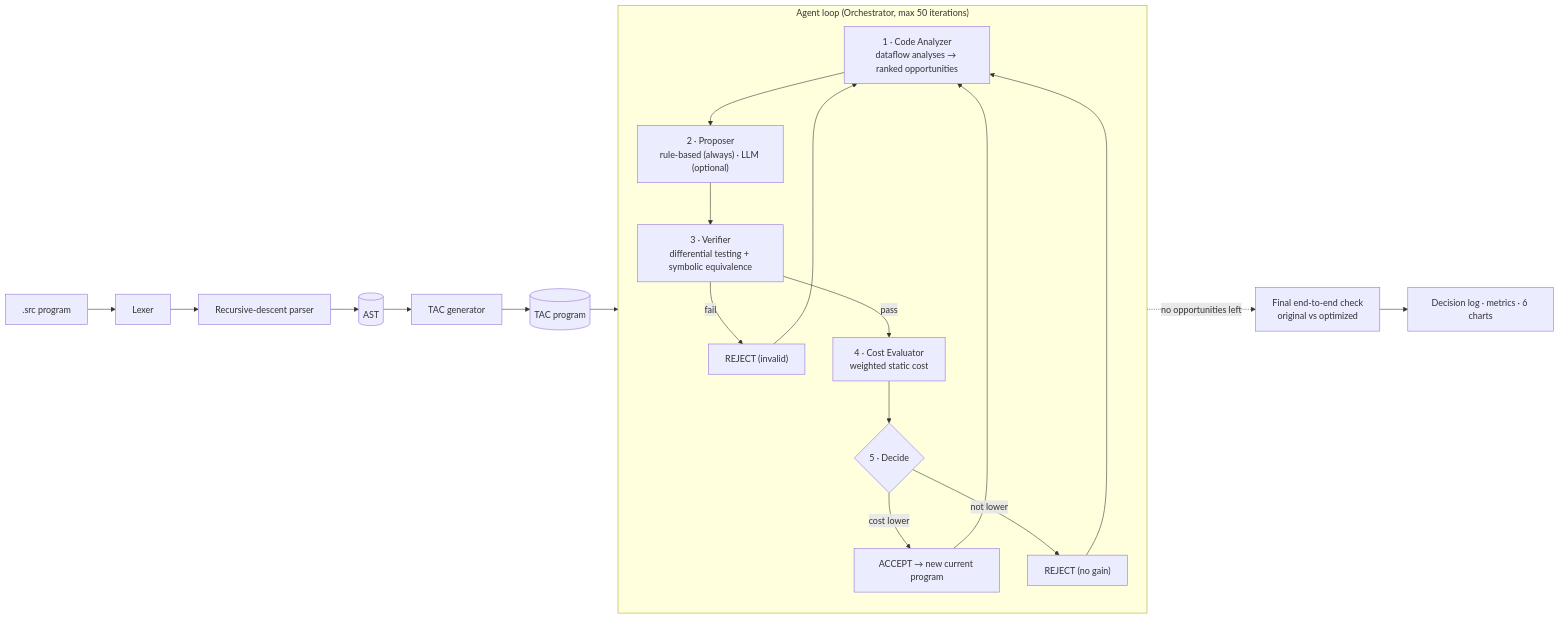
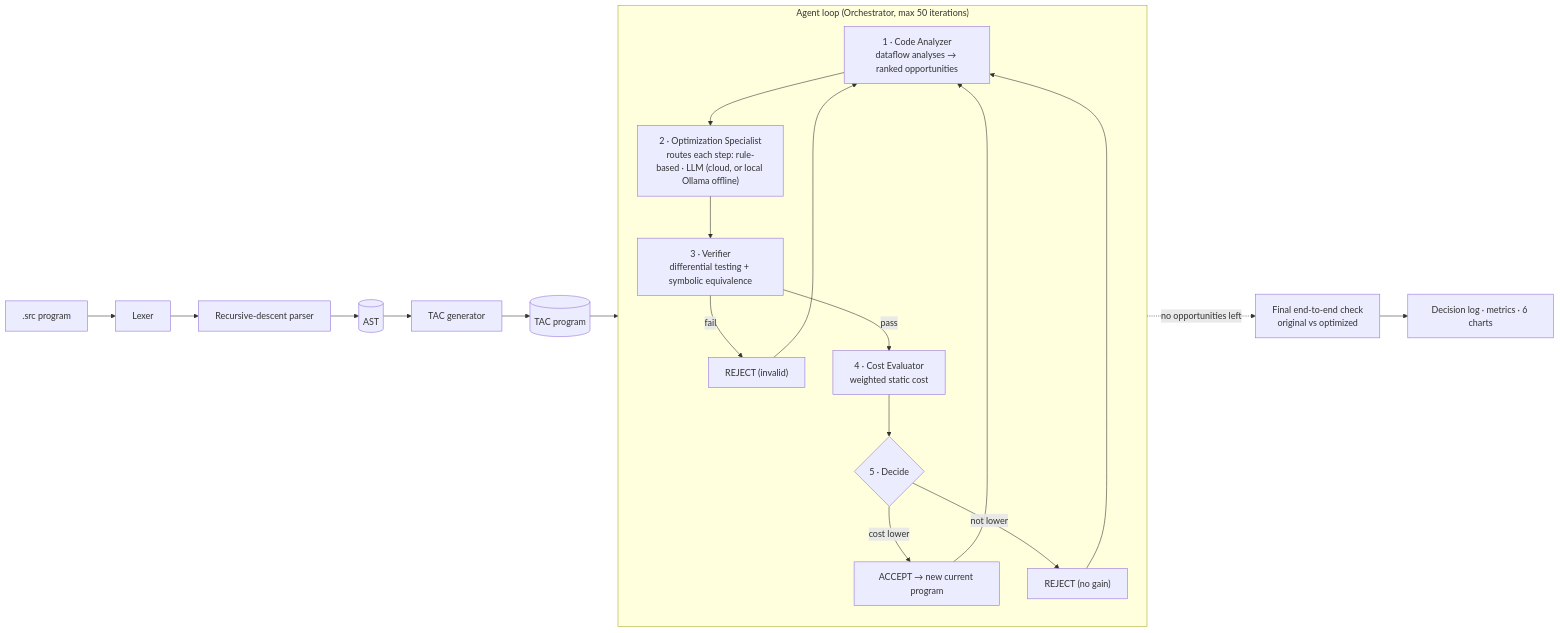
One commit to adarshhsharmaa-rgb/LLM-based-Compiler-Code-Optimization changed the diagram in README.md. Above: the diagram before and after it, drawn with Mermaid. The commit also changed other lines of this file and 11 other files, not shown here.

First line of the commit message:
Add offline Ollama LLM backend and an Optimization Specialist router

````diff
--- a/README.md
+++ b/README.md
@@ -31,26 +31,26 @@
 ```mermaid
 flowchart LR
     SRC[".src program"] --> LEX[Lexer] --> PAR[Recursive-descent parser] --> AST[(AST)]
     AST --> GEN[TAC generator] --> TAC[(TAC program)]
 
     subgraph LOOP["Agent loop (Orchestrator, max 50 iterations)"]
         direction TB
         AN["1 · Code Analyzer<br/>dataflow analyses → ranked opportunities"]
-        PR["2 · Proposer<br/>rule-based (always) · LLM (optional)"]
+        PR["2 · Optimization Specialist<br/>routes each step: rule-based · LLM (cloud, or local Ollama offline)"]
         VE["3 · Verifier<br/>differential testing + symbolic equivalence"]
         CE["4 · Cost Evaluator<br/>weighted static cost"]
         AC{"5 · Decide"}
         AN --> PR --> VE
         VE -- fail --> RJ1["REJECT (invalid)"]
         VE -- pass --> CE --> AC
         AC -- cost lower --> ACC["ACCEPT → new current program"]
         AC -- not lower --> RJ2["REJECT (no gain)"]
         ACC --> AN
         RJ1 --> AN
         RJ2 --> AN
     end
 
     TAC --> AN
     ACC -. no opportunities left .-> FIN["Final end-to-end check<br/>original vs optimized"]
     FIN --> OUT["Decision log · metrics · 6 charts"]
 ```
````
